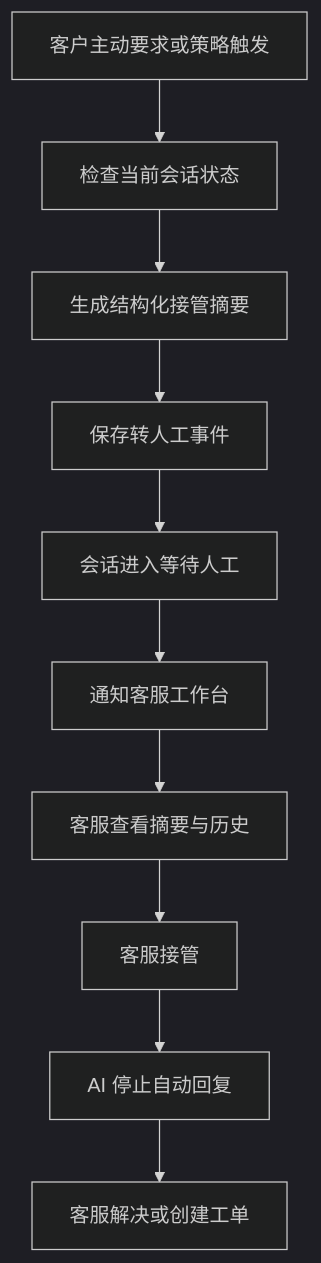
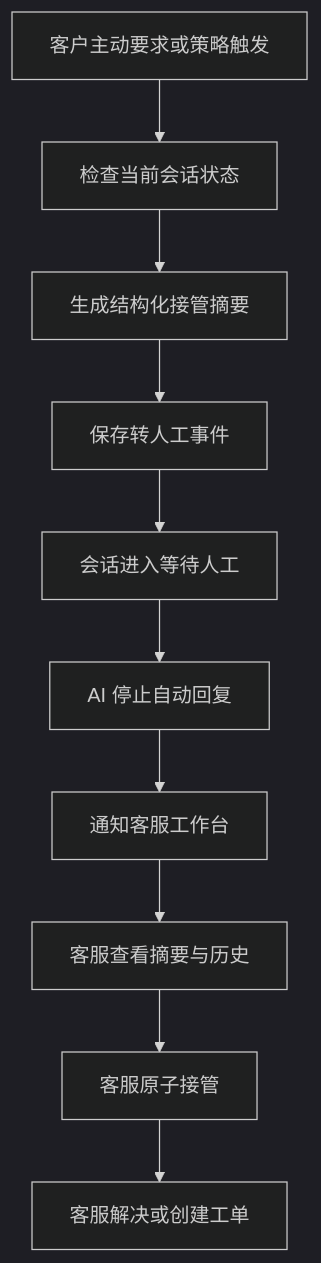
Before and after one commit to SuZeJun/agent-chat: the fourth of 5 diagrams in docs/USER_FLOWS.md, drawn with Mermaid (dark theme). The commit also changed other lines of this file and 50 other files, not shown here.

````diff
--- a/docs/USER_FLOWS.md
+++ b/docs/USER_FLOWS.md
@@ -110,12 +110,12 @@
 ```mermaid
 flowchart TD
     A[客户主动要求或策略触发] --> B[检查当前会话状态]
     B --> C[生成结构化接管摘要]
     C --> D[保存转人工事件]
     D --> E[会话进入等待人工]
-    E --> F[通知客服工作台]
+    E --> I[AI 停止自动回复]
+    I --> F[通知客服工作台]
     F --> G[客服查看摘要与历史]
-    G --> H[客服接管]
-    H --> I[AI 停止自动回复]
-    I --> J[客服解决或创建工单]
+    G --> H[客服原子接管]
+    H --> J[客服解决或创建工单]
 ```
````
